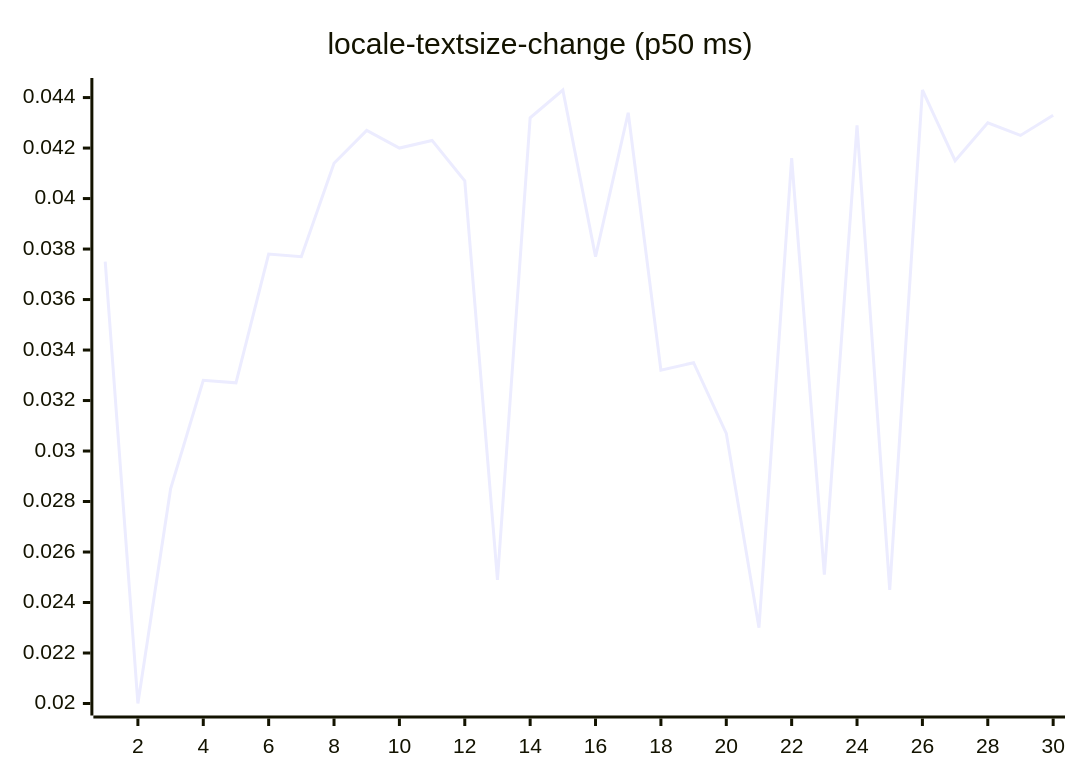
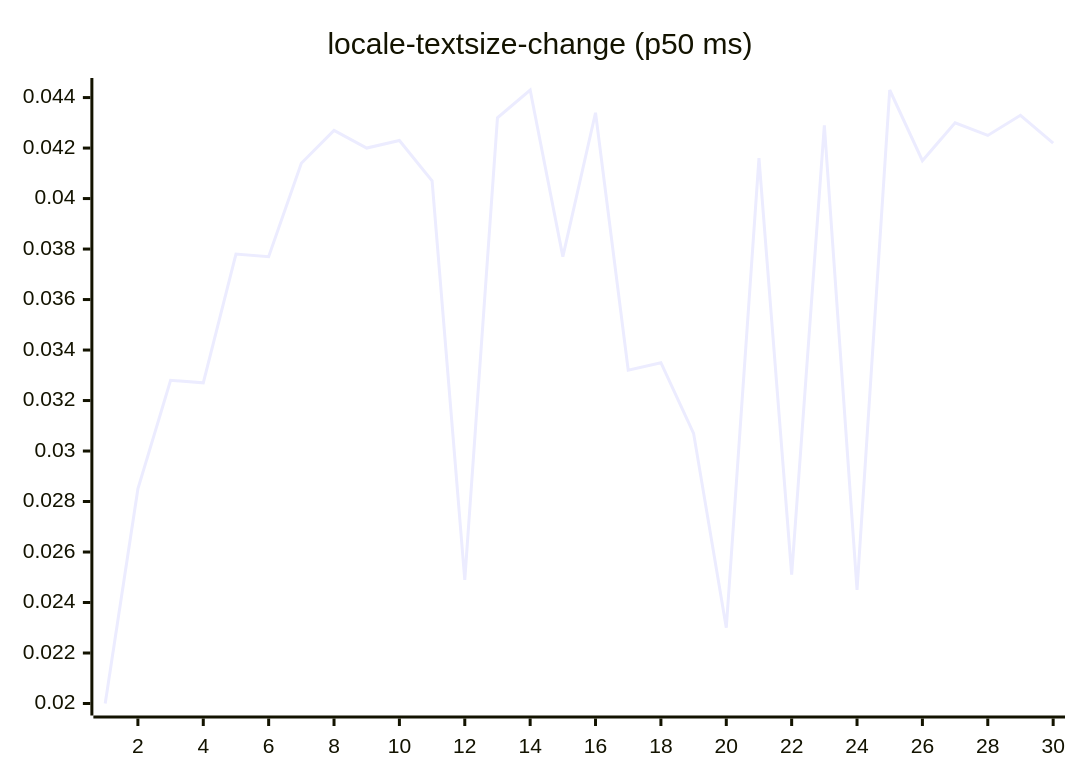
Diagram 13 of 27 in README.md (josha/Facet), drawn with Mermaid before and after one commit. The commit also changed other lines of this file and 2 other files, not shown here.

````diff
--- a/README.md
+++ b/README.md
@@ -147,6 +147,6 @@
 ```mermaid
 xychart-beta
     title "locale-textsize-change (p50 ms)"
     x-axis 1 --> 30
-    line [0.0375, 0.0200, 0.0285, 0.0328, 0.0327, 0.0378, 0.0377, 0.0414, 0.0427, 0.0420, 0.0423, 0.0407, 0.0249, 0.0432, 0.0443, 0.0377, 0.0434, 0.0332, 0.0335, 0.0307, 0.0230, 0.0416, 0.0251, 0.0429, 0.0245, 0.0443, 0.0415, 0.0430, 0.0425, 0.0433]
+    line [0.0200, 0.0285, 0.0328, 0.0327, 0.0378, 0.0377, 0.0414, 0.0427, 0.0420, 0.0423, 0.0407, 0.0249, 0.0432, 0.0443, 0.0377, 0.0434, 0.0332, 0.0335, 0.0307, 0.0230, 0.0416, 0.0251, 0.0429, 0.0245, 0.0443, 0.0415, 0.0430, 0.0425, 0.0433, 0.0422]
 ```
````
